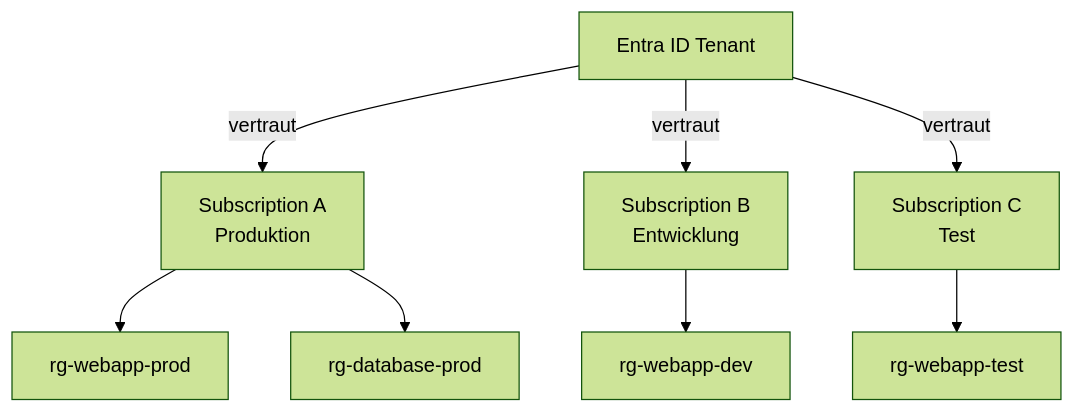
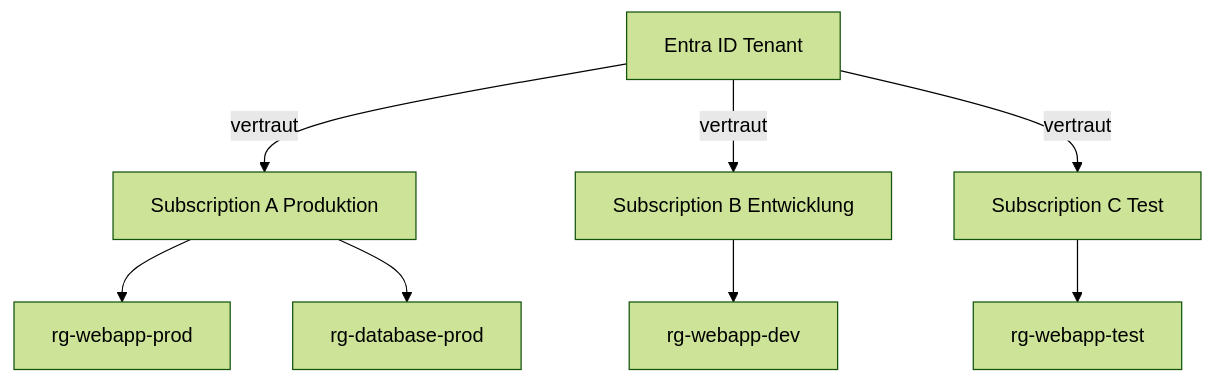
The first of 3 diagrams in Microsoft 365/Azure/Grundlagen/Subscriptions und Management Groups.md (SoniiiT/notes-n-docs), drawn with Mermaid (forest theme) before and after one commit. The commit also changed other lines of this file and 124 other files, not shown here.

First line of the commit message:
fix: Entferne \n aus allen Mermaid-Diagrammen (125 Dateien)

````diff
--- a/Microsoft 365/Azure/Grundlagen/Subscriptions und Management Groups.md
+++ b/Microsoft 365/Azure/Grundlagen/Subscriptions und Management Groups.md
@@ -30,10 +30,10 @@
 ```mermaid
 graph TD
-    T[Entra ID Tenant] -->|vertraut| S1[Subscription A\nProduktion]
-    T -->|vertraut| S2[Subscription B\nEntwicklung]
-    T -->|vertraut| S3[Subscription C\nTest]
+    T[Entra ID Tenant] -->|vertraut| S1[Subscription A Produktion]
+    T -->|vertraut| S2[Subscription B Entwicklung]
+    T -->|vertraut| S3[Subscription C Test]
     S1 --> RG1[rg-webapp-prod]
     S1 --> RG2[rg-database-prod]
     S2 --> RG3[rg-webapp-dev]
     S3 --> RG4[rg-webapp-test]
 ```
````
